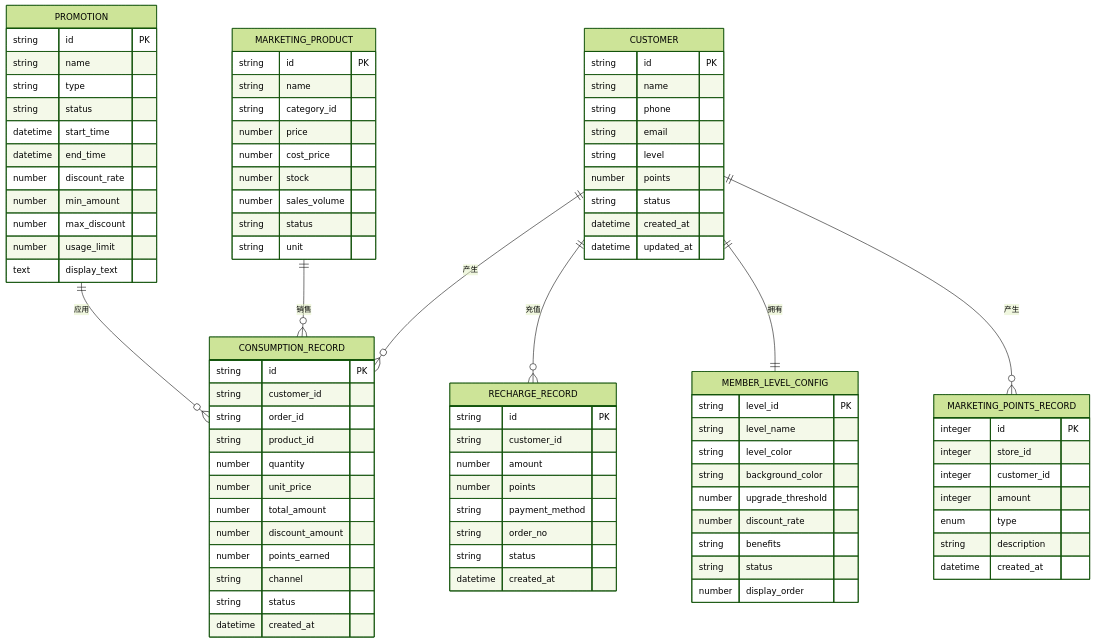
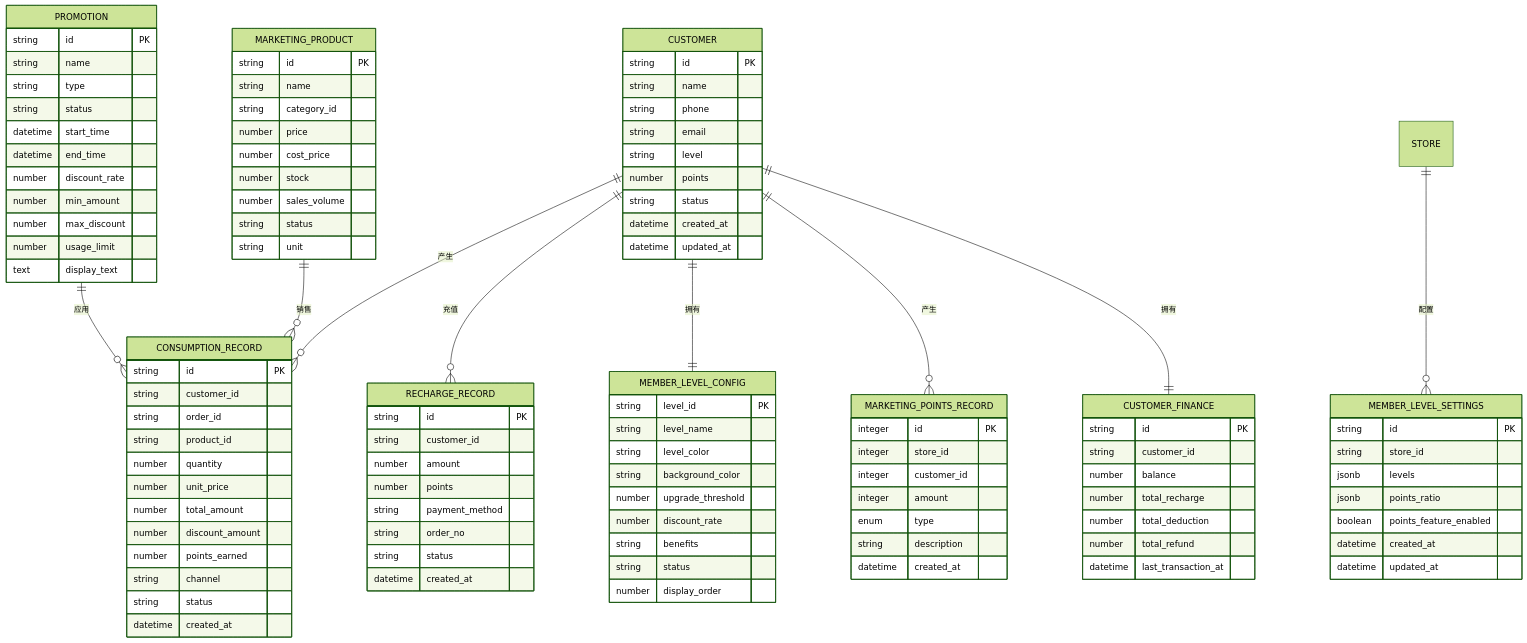
Before and after one commit to rc558620/purelyprofit-server: diagram 22 of 22 in .qoder/repowiki/zh/content/业务模块/营销推广模块/营销推广模块.md, drawn with Mermaid (forest theme). The commit also changed other lines of this file and 10 other files, not shown here.

````diff
--- a/.qoder/repowiki/zh/content/业务模块/营销推广模块/营销推广模块.md
+++ b/.qoder/repowiki/zh/content/业务模块/营销推广模块/营销推广模块.md
@@ -979,6 +1249,24 @@
 string status
 number display_order
 }
+MEMBER_LEVEL_SETTINGS {
+string id PK
+string store_id
+jsonb levels
+jsonb points_ratio
+boolean points_feature_enabled
+datetime created_at
+datetime updated_at
+}
+CUSTOMER_FINANCE {
+string id PK
+string customer_id
+number balance
+number total_recharge
+number total_deduction
+number total_refund
+datetime last_transaction_at
+}
 MARKETING_POINTS_RECORD {
 integer id PK
 integer store_id
@@ -994,4 +1282,6 @@
 CUSTOMER ||--o{ RECHARGE_RECORD : "充值"
 CUSTOMER ||--|| MEMBER_LEVEL_CONFIG : "拥有"
 CUSTOMER ||--o{ MARKETING_POINTS_RECORD : "产生"
+CUSTOMER ||--|| CUSTOMER_FINANCE : "拥有"
+STORE ||--o{ MEMBER_LEVEL_SETTINGS : "配置"
 ```
````
